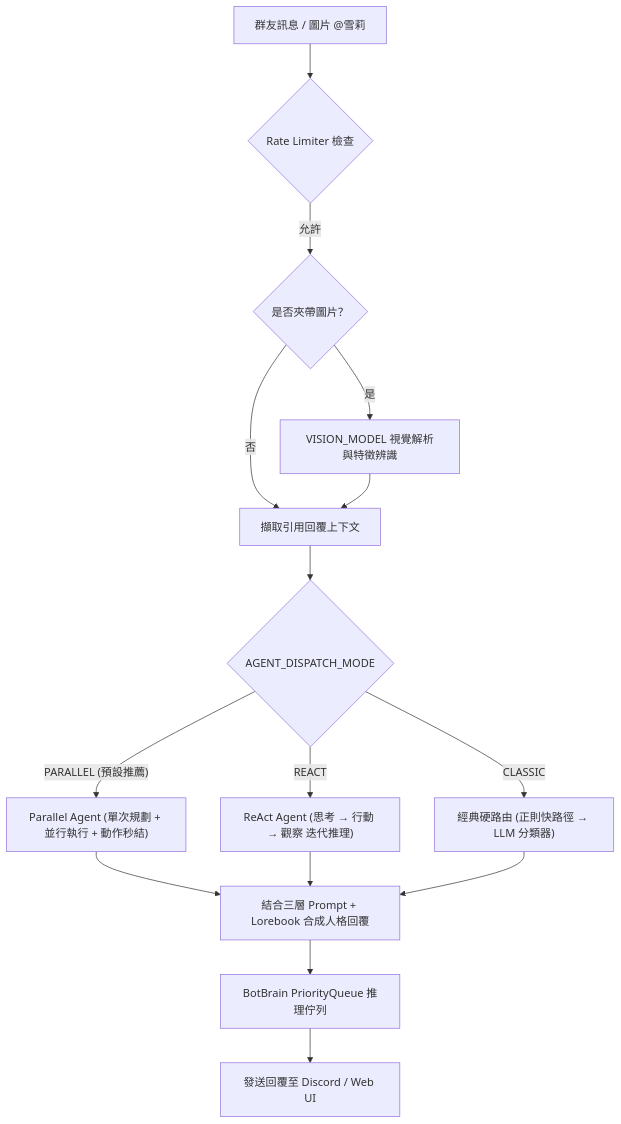
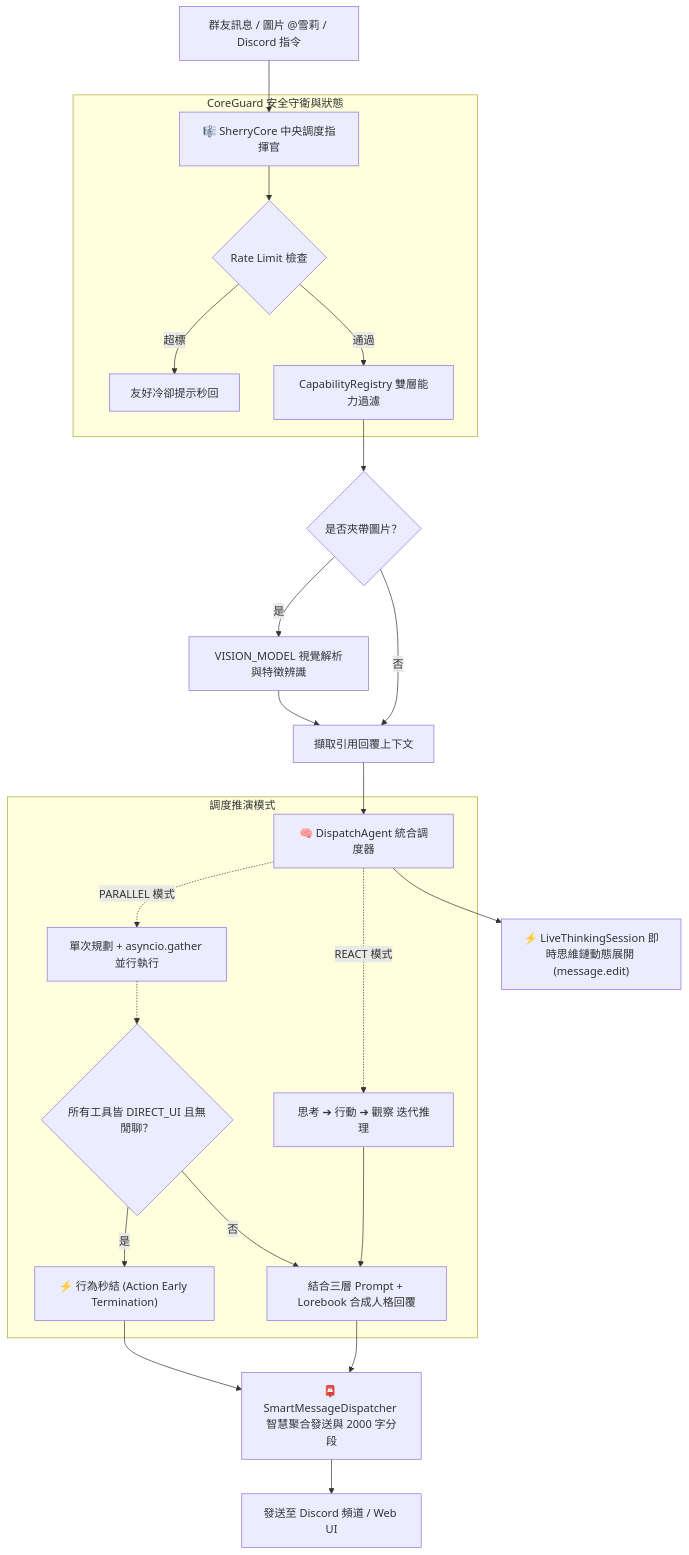
Before and after one commit to YuuuuutoOuO/Sherry-An-AI-Companion-Platform: the diagram in README.md, drawn with Mermaid. The commit also changed other lines of this file and 118 other files, not shown here.

Commit message:
Release v1.8.0-Core Orchestration, Proactive Spark & Live Thinking Stream

````diff
--- a/README.md
+++ b/README.md
@@ -32,19 +37,31 @@
 ```mermaid
 flowchart TD
-    UserMsg["群友訊息 / 圖片 @雪莉"] --> RateLimit{"Rate Limiter 檢查"}
-    RateLimit -->|"允許"| VisionCheck{"是否夾帶圖片？"}
-    VisionCheck -->|"是"| VisionModel["VISION_MODEL 視覺解析與特徵辨識"]
-    VisionCheck -->|"否"| QuoteContext["擷取引用回覆上下文"]
+    UserMsg["群友訊息 / 圖片 @雪莉 / Discord 指令"] --> SherryCore["🎼 SherryCore 中央調度指揮官"]
+    
+    subgraph CoreGuardLayer [CoreGuard 安全守衛與狀態]
+        SherryCore --> RateLimit{"Rate Limit 檢查"}
+        RateLimit -->|超標| QuickReject["友好冷卻提示秒回"]
+        RateLimit -->|通過| CapabilityCheck["CapabilityRegistry 雙層能力過濾"]
+    end
+    
+    CapabilityCheck --> VisionCheck{"是否夾帶圖片？"}
+    VisionCheck -->|是| VisionModel["VISION_MODEL 視覺解析與特徵辨識"]
+    VisionCheck -->|否| QuoteContext["擷取引用回覆上下文"]
     VisionModel --> QuoteContext
-    QuoteContext --> DispatchMode{"AGENT_DISPATCH_MODE"}
     
-    DispatchMode -->|"PARALLEL (預設推薦)"| ParallelAgent["Parallel Agent (單次規劃 + 並行執行 + 動作秒結)"]
-    DispatchMode -->|"REACT"| ReActAgent["ReAct Agent (思考 → 行動 → 觀察 迭代推理)"]
-    DispatchMode -->|"CLASSIC"| ClassicRouter["經典硬路由 (正則快路徑 → LLM 分類器)"]
+    QuoteContext --> DispatchAgent["🧠 DispatchAgent 統合調度器"]
     
-    ParallelAgent --> PersonaSynth["結合三層 Prompt + Lorebook 合成人格回覆"]
-    ReActAgent --> PersonaSynth
-    ClassicRouter --> PersonaSynth
-    PersonaSynth --> Queue["BotBrain PriorityQueue 推理佇列"]
-    Queue --> DiscordReply["發送回覆至 Discord / Web UI"]
+    subgraph ExecutionModes [調度推演模式]
+        DispatchAgent -.->|PARALLEL 模式| ParallelPlan["單次規劃 + asyncio.gather 並行執行"]
+        DispatchAgent -.->|REACT 模式| ReActLoop["思考 ➔ 行動 ➔ 觀察 迭代推理"]
+        ParallelPlan -.-> ActionEarlyTerm{"所有工具皆 DIRECT_UI 且無閒聊？"}
+        ActionEarlyTerm -->|是| DirectFinish["⚡ 行為秒結 (Action Early Termination)"]
+        ActionEarlyTerm -->|否| PersonaSynth["結合三層 Prompt + Lorebook 合成人格回覆"]
+        ReActLoop --> PersonaSynth
+    end
+    
+    DispatchAgent --> LiveThinking["⚡ LiveThinkingSession 即時思維鏈動態展開 (message.edit)"]
+    PersonaSynth --> Dispatcher["📮 SmartMessageDispatcher 智慧聚合發送與 2000 字分段"]
+    DirectFinish --> Dispatcher
+    Dispatcher --> Output["發送至 Discord 頻道 / Web UI"]
 ```
````
